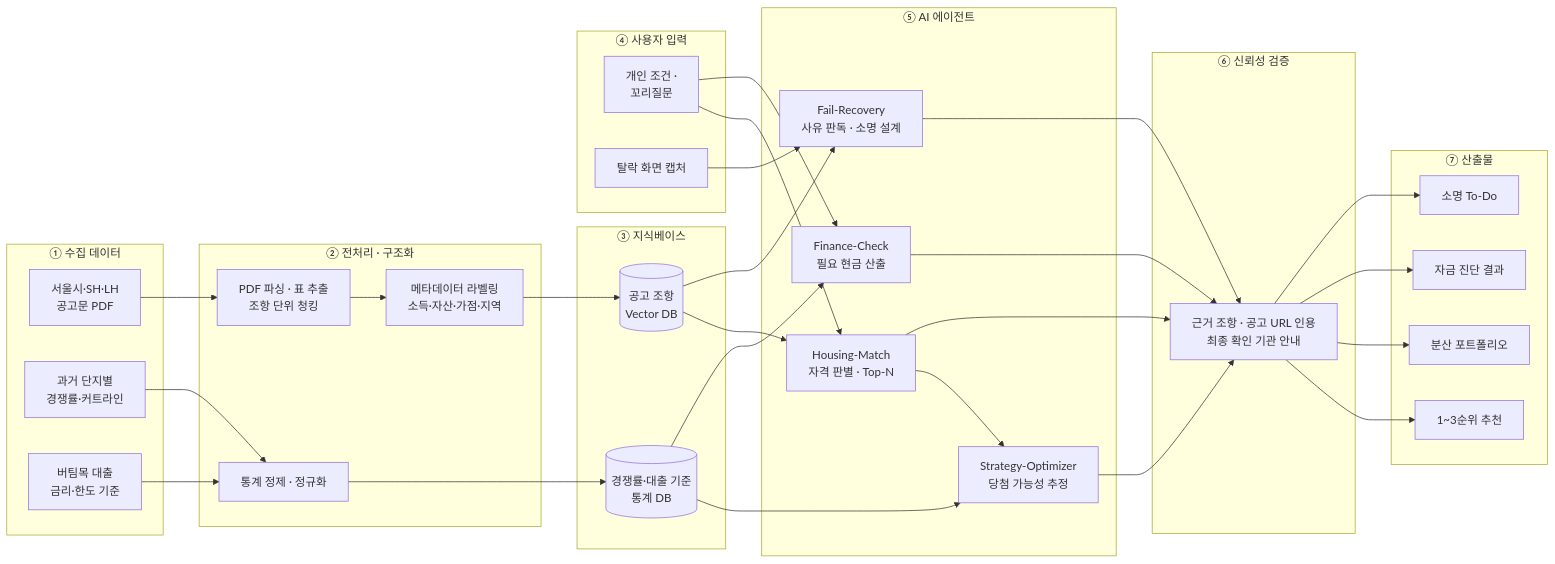
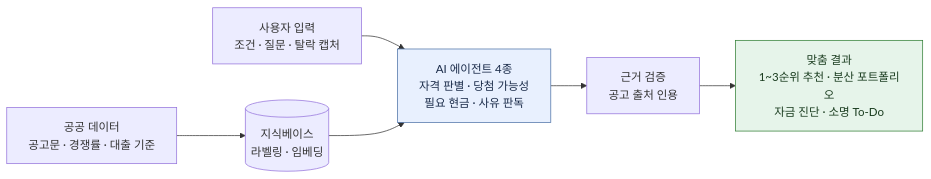
Before and after one commit to nixeast/Sessac_Hackerton: the fourth of 5 diagrams in Document/IdeaProposal_draft.md, drawn with Mermaid. The commit also changed other lines of this file, not shown here.

Commit message:
add all diagrams

````diff
--- a/Document/IdeaProposal_draft.md
+++ b/Document/IdeaProposal_draft.md
@@ -106,50 +129,13 @@
 ```mermaid
 flowchart LR
-    subgraph IN["① 수집 데이터"]
-        D1["서울시·SH·LH<br/>공고문 PDF"]
-        D2["과거 단지별<br/>경쟁률·커트라인"]
-        D3["버팀목 대출<br/>금리·한도 기준"]
-    end
-    subgraph PRE["② 전처리 · 구조화"]
-        P1["PDF 파싱 · 표 추출<br/>조항 단위 청킹"]
-        P2["메타데이터 라벨링<br/>소득·자산·가점·지역"]
-        P3["통계 정제 · 정규화"]
-    end
-    subgraph KB["③ 지식베이스"]
-        K1[("공고 조항<br/>Vector DB")]
-        K2[("경쟁률·대출 기준<br/>통계 DB")]
-    end
-    subgraph USR["④ 사용자 입력"]
-        Q1["개인 조건 ·<br/>꼬리질문"]
-        Q2["탈락 화면 캡처"]
-    end
-    subgraph AI["⑤ AI 에이전트"]
-        A1["Housing-Match<br/>자격 판별 · Top-N"]
-        A2["Strategy-Optimizer<br/>당첨 가능성 추정"]
-        A3["Finance-Check<br/>필요 현금 산출"]
-        A4["Fail-Recovery<br/>사유 판독 · 소명 설계"]
-    end
-    subgraph GD["⑥ 신뢰성 검증"]
-        G1["근거 조항 · 공고 URL 인용<br/>최종 확인 기관 안내"]
-    end
-    subgraph OUT["⑦ 산출물"]
-        O1["1~3순위 추천"]
-        O2["분산 포트폴리오"]
-        O3["자금 진단 결과"]
-        O4["소명 To-Do"]
-    end
-    D1 --> P1 --> P2 --> K1
-    D2 --> P3
-    D3 --> P3
-    P3 --> K2
-    Q1 --> A1
-    Q1 --> A3
-    Q2 --> A4
-    K1 --> A1
-    K1 --> A4
-    K2 --> A2
-    K2 --> A3
-    A1 --> A2
-    A1 & A2 & A3 & A4 --> G1
-    G1 --> O1 & O2 & O3 & O4
+    D["공공 데이터<br/>공고문 · 경쟁률 · 대출 기준"] --> KB[("지식베이스<br/>라벨링 · 임베딩")]
+    U["사용자 입력<br/>조건 · 질문 · 탈락 캡처"] --> AI
+    KB --> AI["AI 에이전트 4종<br/>자격 판별 · 당첨 가능성<br/>필요 현금 · 사유 판독"]
+    AI --> V["근거 검증<br/>공고 출처 인용"]
+    V --> O["맞춤 결과<br/>1~3순위 추천 · 분산 포트폴리오<br/>자금 진단 · 소명 To-Do"]
+
+    classDef ai fill:#e8f0fe,stroke:#4a6fa5,color:#1a2b49
+    classDef out fill:#e6f4ea,stroke:#2e7d32,color:#1b3d20
+    class AI ai
+    class O out
 ```
````
